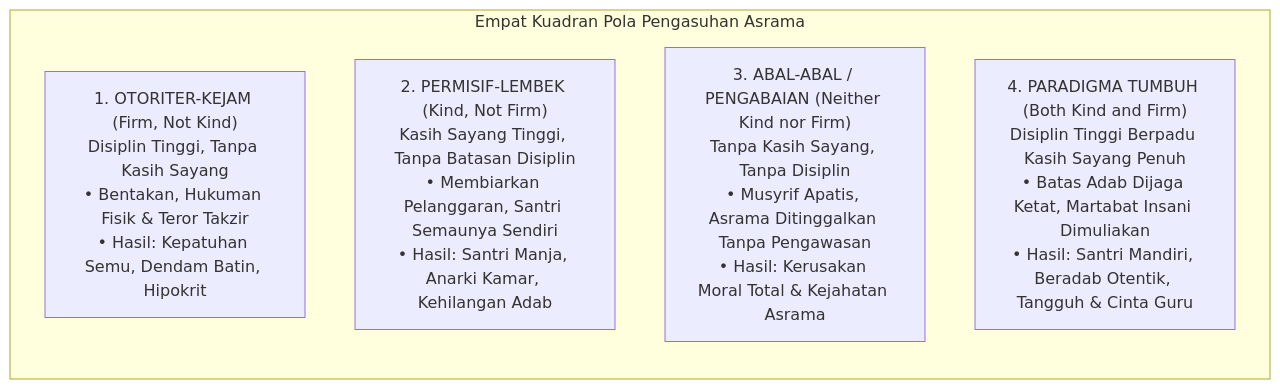
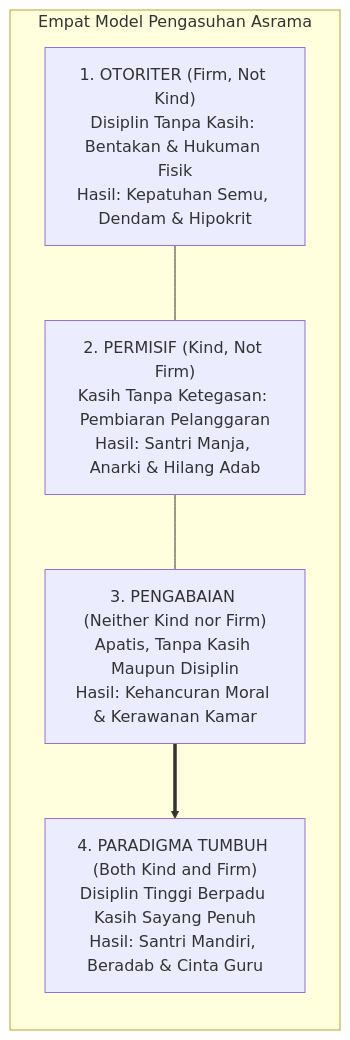
The third of 5 diagrams in BOOK Series 1/01-The-Fundamental-of-TUMBUH/Bab-08-Sumpah-Integritas-Pendidikan-TUMBUH.md (wandiapriliyandi/tumbuh), drawn with Mermaid before and after one commit. The commit also changed other lines of this file and 35 other files, not shown here.

Commit message:
fix(book-01): optimasi keterbacaan diagram mermaid pada seluruh bab dan perbarui 20 file PDF

````diff
--- a/BOOK Series 1/01-The-Fundamental-of-TUMBUH/Bab-08-Sumpah-Integritas-Pendidikan-TUMBUH.md
+++ b/BOOK Series 1/01-The-Fundamental-of-TUMBUH/Bab-08-Sumpah-Integritas-Pendidikan-TUMBUH.md
@@ -111,10 +111,13 @@
 ```mermaid
 graph TD
-    subgraph EMPAT_KUADRAN_PENGASUHAN["Empat Kuadran Pola Pengasuhan Asrama"]
+    subgraph EMPAT_KUADRAN_PENGASUHAN["Empat Model Pengasuhan Asrama"]
         direction TB
-        A["1. OTORITER-KEJAM (Firm, Not Kind)<br/>Disiplin Tinggi, Tanpa Kasih Sayang<br/>• Bentakan, Hukuman Fisik & Teror Takzir<br/>• Hasil: Kepatuhan Semu, Dendam Batin, Hipokrit"]
-        B["2. PERMISIF-LEMBEK (Kind, Not Firm)<br/>Kasih Sayang Tinggi, Tanpa Batasan Disiplin<br/>• Membiarkan Pelanggaran, Santri Semaunya Sendiri<br/>• Hasil: Santri Manja, Anarki Kamar, Kehilangan Adab"]
-        C["3. ABAL-ABAL / PENGABAIAN (Neither Kind nor Firm)<br/>Tanpa Kasih Sayang, Tanpa Disiplin<br/>• Musyrif Apatis, Asrama Ditinggalkan Tanpa Pengawasan<br/>• Hasil: Kerusakan Moral Total & Kejahatan Asrama"]
-        D["4. PARADIGMA TUMBUH (Both Kind and Firm)<br/>Disiplin Tinggi Berpadu Kasih Sayang Penuh<br/>• Batas Adab Dijaga Ketat, Martabat Insani Dimuliakan<br/>• Hasil: Santri Mandiri, Beradab Otentik, Tangguh & Cinta Guru"]
+        A["1. OTORITER (Firm, Not Kind)<br/>Disiplin Tanpa Kasih: Bentakan & Hukuman Fisik<br/>Hasil: Kepatuhan Semu, Dendam & Hipokrit"]
+        B["2. PERMISIF (Kind, Not Firm)<br/>Kasih Tanpa Ketegasan: Pembiaran Pelanggaran<br/>Hasil: Santri Manja, Anarki & Hilang Adab"]
+        C["3. PENGABAIAN (Neither Kind nor Firm)<br/>Apatis, Tanpa Kasih Maupun Disiplin<br/>Hasil: Kehancuran Moral & Kerawanan Kamar"]
+        D["4. PARADIGMA TUMBUH (Both Kind and Firm)<br/>Disiplin Tinggi Berpadu Kasih Sayang Penuh<br/>Hasil: Santri Mandiri, Beradab & Cinta Guru"]
+        A --- B
+        B --- C
+        C ==> D
     end
 ```
````
